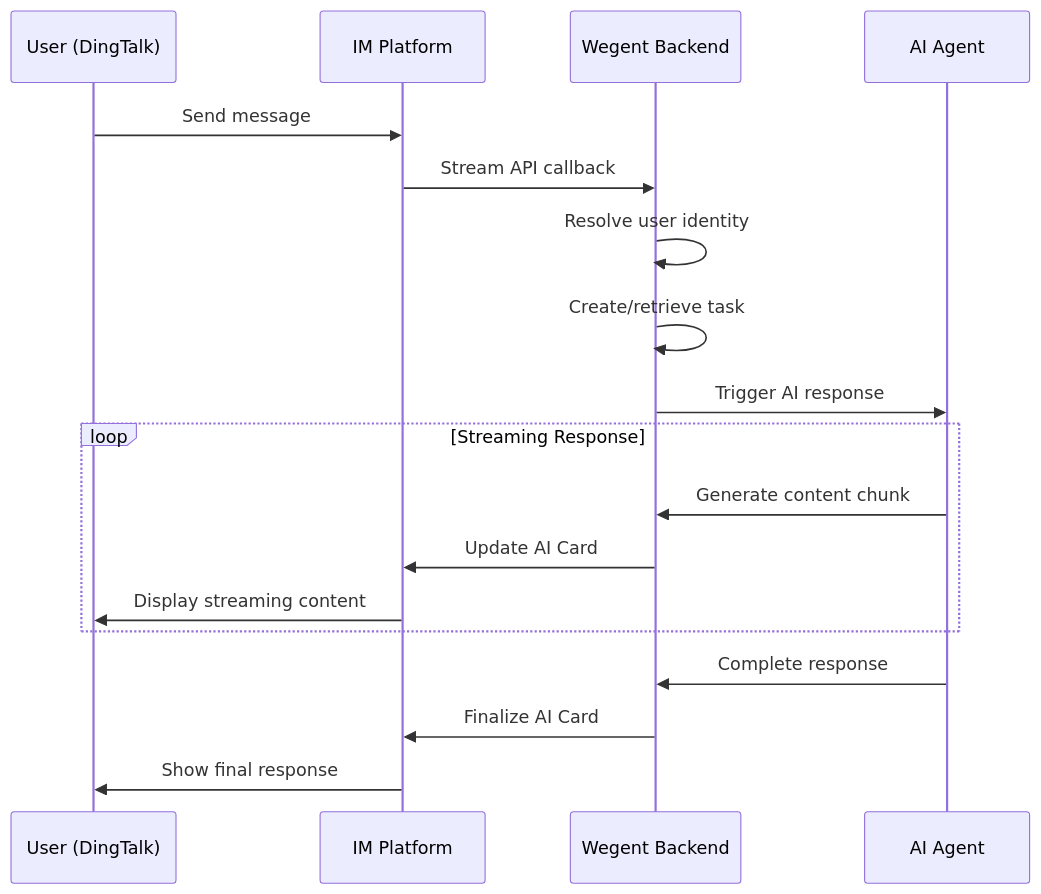
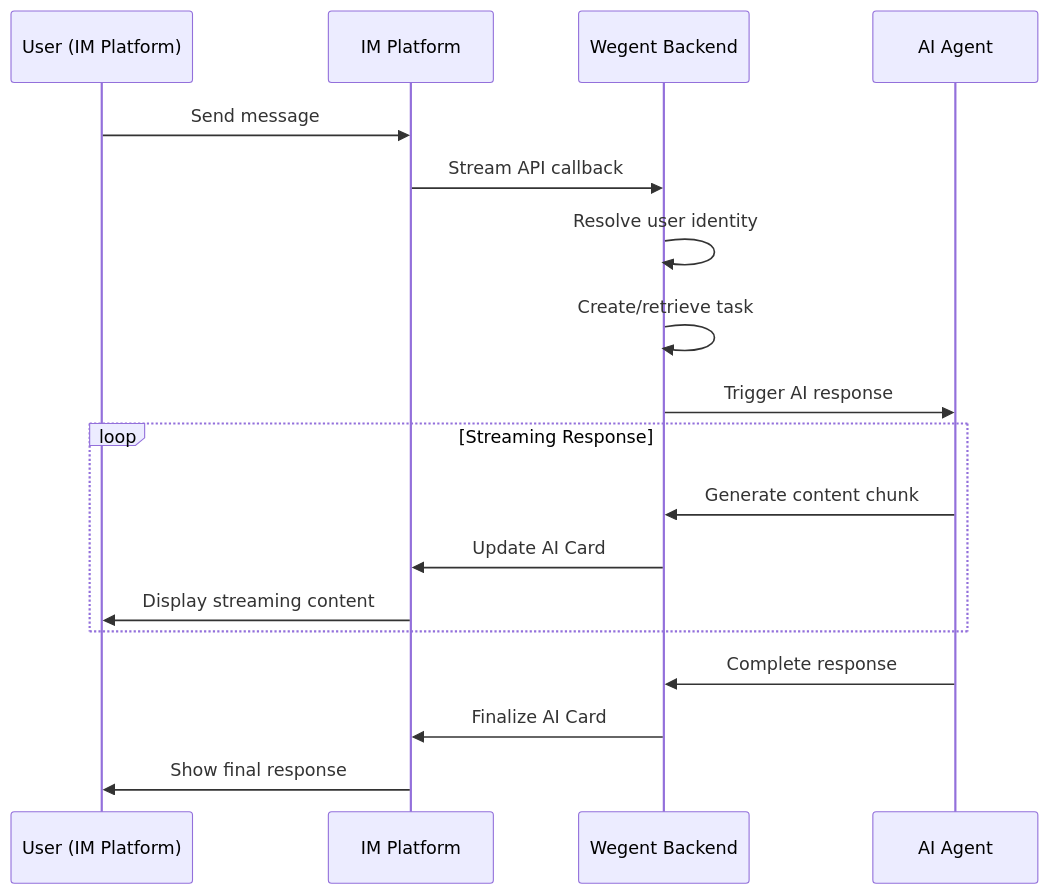
Before and after one commit to wecode-ai/Wegent: the first of 3 diagrams in docs/en/user-guide/integrations/im-channel-integration.md, drawn with Mermaid. The commit also changed other lines of this file and 16 other files, not shown here.

````diff
--- a/docs/en/user-guide/integrations/im-channel-integration.md
+++ b/docs/en/user-guide/integrations/im-channel-integration.md
@@ -55,23 +55,23 @@
 ```mermaid
 sequenceDiagram
-    participant User as User (DingTalk)
+    participant User as User (IM Platform)
     participant IM as IM Platform
     participant Backend as Wegent Backend
     participant Agent as AI Agent
 
     User->>IM: Send message
     IM->>Backend: Stream API callback
     Backend->>Backend: Resolve user identity
     Backend->>Backend: Create/retrieve task
     Backend->>Agent: Trigger AI response
 
     loop Streaming Response
         Agent->>Backend: Generate content chunk
         Backend->>IM: Update AI Card
         IM->>User: Display streaming content
     end
 
     Agent->>Backend: Complete response
     Backend->>IM: Finalize AI Card
     IM->>User: Show final response
 ```
````
